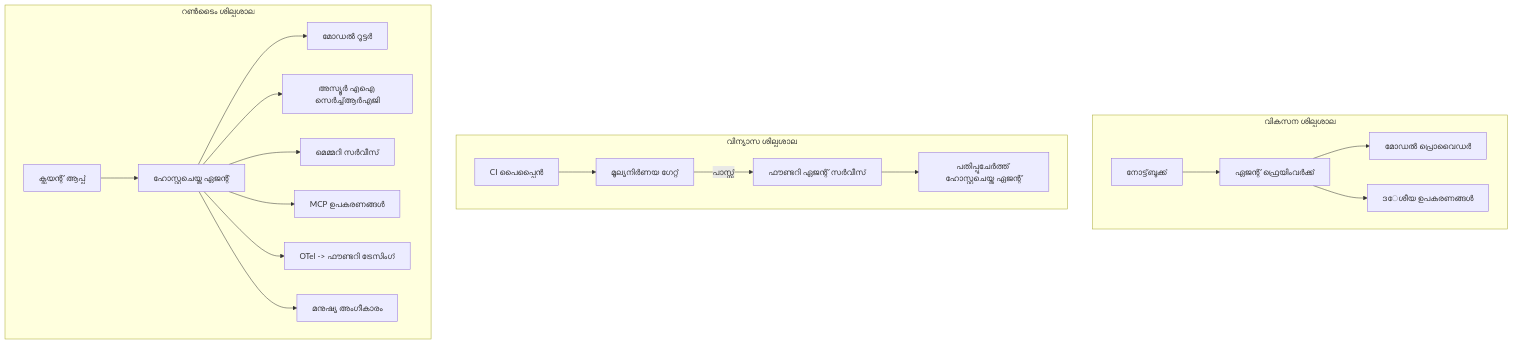
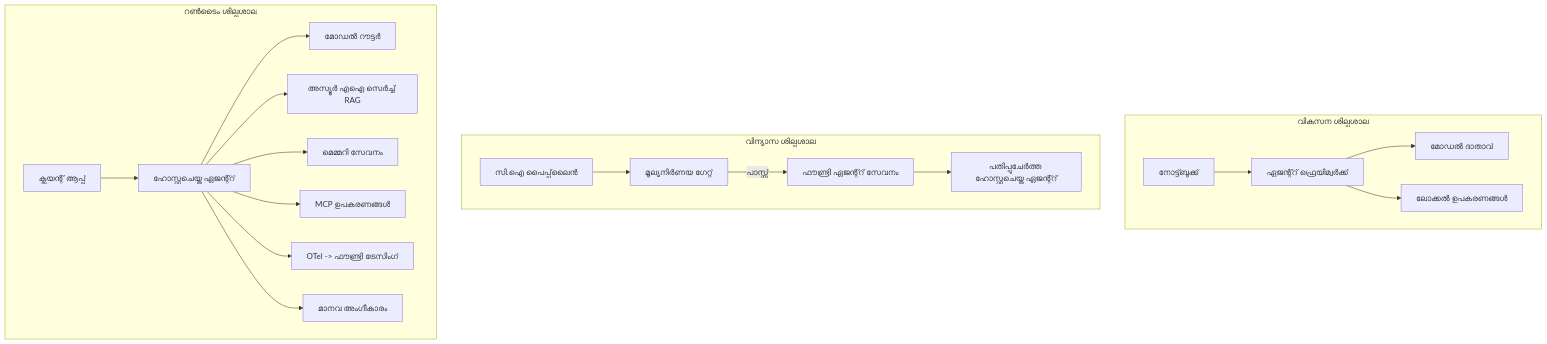
The fourth of 4 diagrams in translations/ml/16-deploying-scalable-agents/README.md (microsoft/ai-agents-for-beginners), drawn with Mermaid before and after one commit. The commit also changed other lines of this file and 43 other files, not shown here.

````diff
--- a/translations/ml/16-deploying-scalable-agents/README.md
+++ b/translations/ml/16-deploying-scalable-agents/README.md
@@ -185,22 +185,22 @@
 ```mermaid
 flowchart TB
     subgraph Dev[വികസന ശില്പശാല]
-        D1[നോട്ട്‌ബുക്ക്] --> D2[ഏജന്റ് ഫ്രെയിംവർക്ക്]
-        D2 --> D3[മോഡൽ പ്രൊവൈഡർ]
-        D2 --> D4[ဒേശീയ ഉപകരണങ്ങൾ]
+        D1[നോട്ട്ബുക്ക്] --> D2[ഏജന്റ്റ് ഫ്രെയിമ്വർക്ക്]
+        D2 --> D3[മോഡൽ ദാതാവ്]
+        D2 --> D4[ലോക്കൽ ഉപകരണങ്ങൾ]
     end
     subgraph Deploy[വിന്യാസ ശില്പശാല]
-        E1[CI പൈപ്പ്ലൈൻ] --> E2[മൂല്യനിർണയ ഗേറ്റ്]
-        E2 -->|പാസ്സ്| E3[ഫൗണ്ടറി ഏജന്റ് സർവീസ്]
-        E3 --> E4[പതിപ്പുചേർത്ത് ഹോസ്റ്റുചെയ്ത ഏജന്റ്]
+        E1[സി.ഐ പൈപ്പ്‌ലൈൻ] --> E2[മൂല്യനിർണയ ഗേറ്റ്]
+        E2 -->|പാസ്സ്| E3[ഫൗണ്ട്രി ഏജന്റ്റ് സേവനം]
+        E3 --> E4[പതിപ്പുചേർത്ത ഹോസ്റ്റുചെയ്ത ഏജന്റ്റ്]
     end
     subgraph Run[റൺടൈം ശില്പശാല]
-        F1[ക്ലയന്റ് ആപ്പ്] --> F2[ഹോസ്റ്റുചെയ്ത ഏജന്റ്]
-        F2 --> F3[മോഡൽ റൂട്ടർ]
-        F2 --> F4[അസ്യൂർ എഐ സെർച്ച്ആർഎജി]
-        F2 --> F5[മെമ്മറി സർവീസ്]
+        F1[ക്ലയന്റ് ആപ്പ്] --> F2[ഹോസ്റ്റുചെയ്ത ഏജന്റ്റ്]
+        F2 --> F3[മോഡൽ റൗട്ടർ]
+        F2 --> F4[അസ്യൂർ എഐ സെർച്ച് RAG]
+        F2 --> F5[മെമ്മറി സേവനം]
         F2 --> F6[MCP ഉപകരണങ്ങൾ]
-        F2 --> F7[OTel -> ഫൗണ്ടറി ട്രേസിംഗ്]
-        F2 --> F8[മനുഷ്യ അംഗീകാരം]
+        F2 --> F7[OTel -> ഫൗണ്ട്രി ട്രേസിംഗ്]
+        F2 --> F8[മാനവ അംഗീകാരം]
     end
 ```
````
